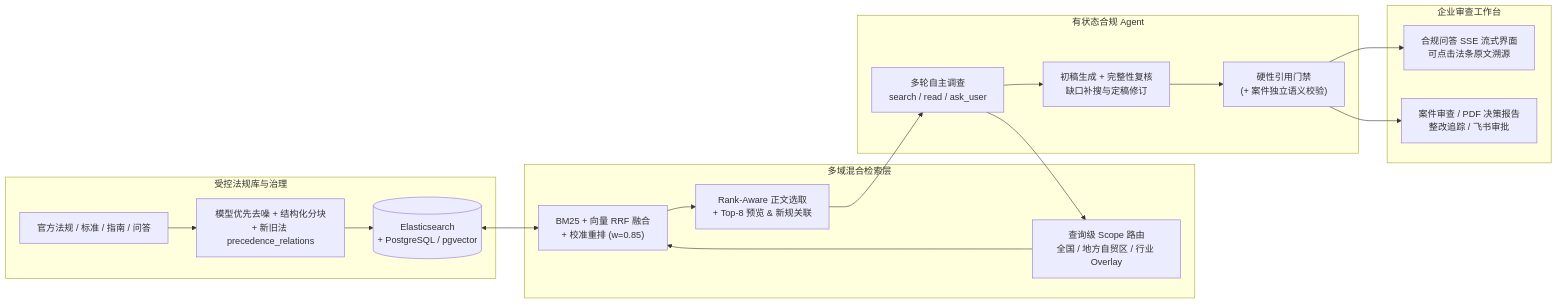
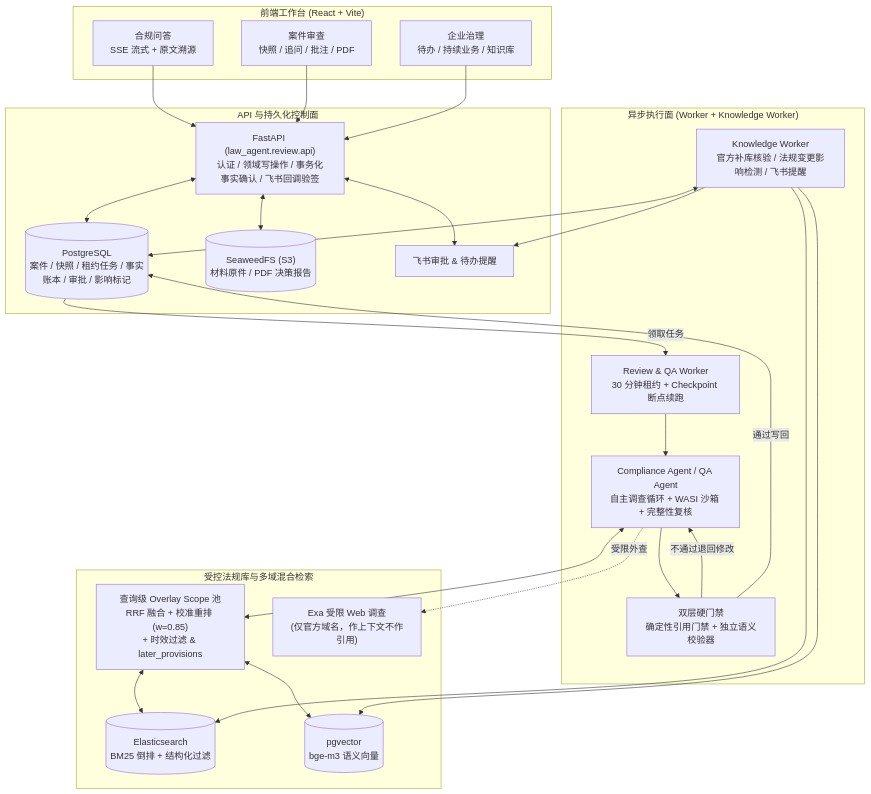
One commit to raydemo1/crosscomply-agent changed the diagram in README.md. Above: the diagram before and after it, drawn with Mermaid. The commit also changed other lines of this file and 1 other file, not shown here.

Commit message:
docs: rewrite self-contained full-project README and complete architecture deep dive

````diff
--- a/README.md
+++ b/README.md
@@ -48,28 +63,45 @@
 ```mermaid
-flowchart LR
-    subgraph KB["受控法规库与治理"]
-        A["官方法规 / 标准 / 指南 / 问答"] --> B["模型优先去噪 + 结构化分块<br/>+ 新旧法 precedence_relations"]
-        B --> C[("Elasticsearch<br/>+ PostgreSQL / pgvector")]
+flowchart TB
+    subgraph Client["前端工作台 (React + Vite)"]
+        UI1["合规问答<br/>SSE 流式 + 原文溯源"]
+        UI2["案件审查<br/>快照 / 追问 / 批注 / PDF"]
+        UI3["企业治理<br/>待办 / 持续业务 / 知识库"]
     end
 
-    subgraph RET["多域混合检索层"]
-        D["查询级 Scope 路由<br/>全国 / 地方自贸区 / 行业 Overlay"] --> E["BM25 + 向量 RRF 融合<br/>+ 校准重排 (w=0.85)"]
-        E --> F["Rank-Aware 正文选取<br/>+ Top-8 预览 & 新规关联"]
+    subgraph Control["API 与持久化控制面"]
+        API["FastAPI (law_agent.review.api)<br/>认证 / 领域写操作 / 事务化事实确认 / 飞书回调验签"]
+        PG[("PostgreSQL<br/>案件 / 快照 / 租约任务 / 事实账本 / 审批 / 影响标记")]
+        S3[("SeaweedFS (S3)<br/>材料原件 / PDF 决策报告")]
+        FS["飞书审批 & 待办提醒"]
     end
 
-    subgraph AGENT["有状态合规 Agent"]
-        G["多轮自主调查<br/>search / read / ask_user"] --> H["初稿生成 + 完整性复核<br/>缺口补搜与定稿修订"]
-        H --> I["硬性引用门禁<br/>(+ 案件独立语义校验)"]
+    subgraph Runtime["异步执行面 (Worker + Knowledge Worker)"]
+        W["Review & QA Worker<br/>30 分钟租约 + Checkpoint 断点续跑"]
+        AG["Compliance Agent / QA Agent<br/>自主调查循环 + WASI 沙箱 + 完整性复核"]
+        GATE["双层硬门禁<br/>确定性引用门禁 + 独立语义校验器"]
+        KW["Knowledge Worker<br/>官方补库核验 / 法规变更影响检测 / 飞书提醒"]
     end
 
-    subgraph APP["企业审查工作台"]
-        J["合规问答 SSE 流式界面<br/>可点击法条原文溯源"]
-        K["案件审查 / PDF 决策报告<br/>整改追踪 / 飞书审批"]
+    subgraph Retrieval["受控法规库与多域混合检索"]
+        ES[("Elasticsearch<br/>BM25 倒排 + 结构化过滤")]
+        PGV[("pgvector<br/>bge-m3 语义向量")]
+        RR["查询级 Overlay Scope 池<br/>RRF 融合 + 校准重排 (w=0.85)<br/>+ 时效过滤 & later_provisions"]
+        EXA["Exa 受限 Web 调查<br/>(仅官方域名，作上下文不作引用)"]
     end
 
-    C <--> E
-    F --> G
-    G --> D
-    I --> J
-    I --> K
+    UI1 & UI2 & UI3 --> API
+    API <--> PG
+    API <--> S3
+    API <--> FS
+    PG -->|领取任务| W
+    W --> AG
+    AG <--> RR
+    AG -.->|受限外查| EXA
+    RR <--> ES & PGV
+    AG --> GATE
+    GATE -->|不通过退回修改| AG
+    GATE -->|通过写回| PG
+    KW <--> PG
+    KW --> ES & PGV
+    KW --> FS
 ```
````
